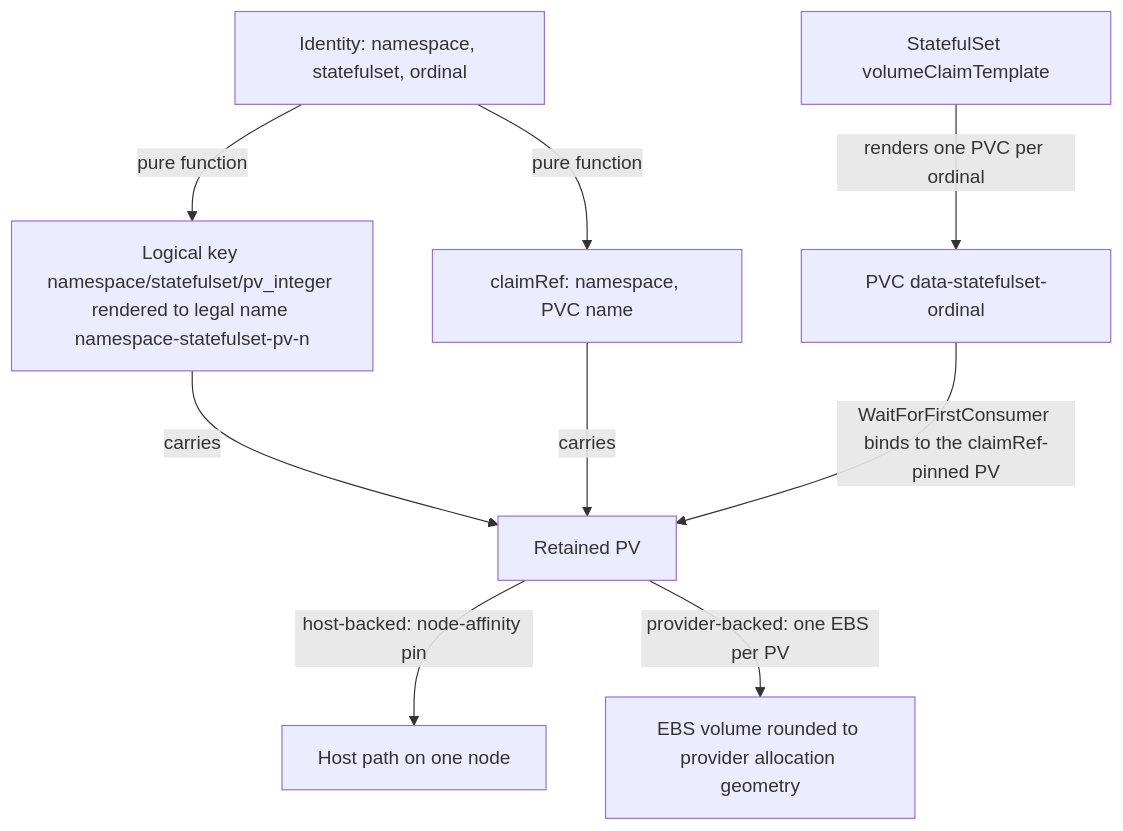
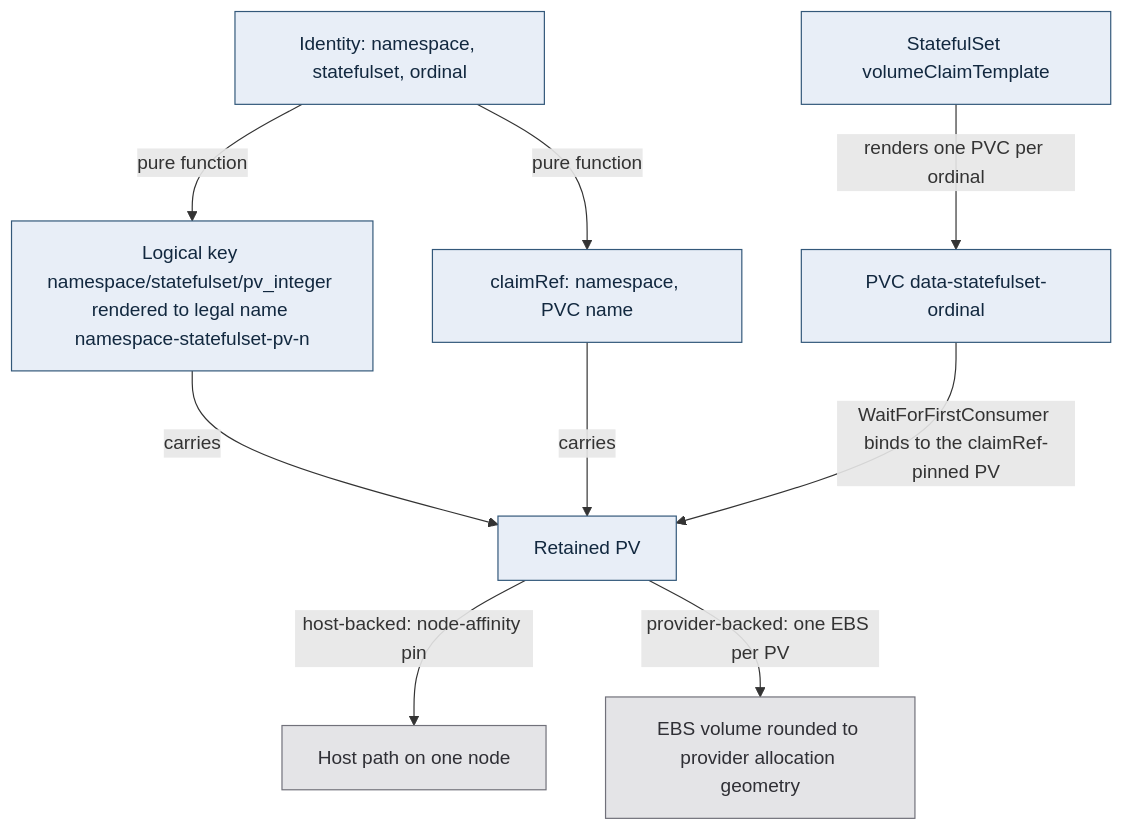
Before and after one commit to Tuee22/amoebius: the first of 2 diagrams in documents/engineering/storage_lifecycle_doctrine.md, drawn with Mermaid. The commit also changed other lines of this file and 36 other files, not shown here.

````diff
--- a/documents/engineering/storage_lifecycle_doctrine.md
+++ b/documents/engineering/storage_lifecycle_doctrine.md
@@ -139,11 +141,13 @@
 ```mermaid
 flowchart TD
-  sts[StatefulSet volumeClaimTemplate] -->|renders one PVC per ordinal| pvc[PVC data-statefulset-ordinal]
-  ident[Identity: namespace, statefulset, ordinal] -->|pure function| pvname[Logical key namespace/statefulset/pv_integer rendered to legal name namespace-statefulset-pv-n]
-  ident -->|pure function| claimref[claimRef: namespace, PVC name]
-  pvname -->|carries| pv[Retained PV]
+  sts[StatefulSet volumeClaimTemplate]:::intent -->|renders one PVC per ordinal| pvc[PVC data-statefulset-ordinal]:::intent
+  ident[Identity: namespace, statefulset, ordinal]:::intent -->|pure function| pvname[Logical key namespace/statefulset/pv_integer rendered to legal name namespace-statefulset-pv-n]:::intent
+  ident -->|pure function| claimref[claimRef: namespace, PVC name]:::intent
+  pvname -->|carries| pv[Retained PV]:::intent
   claimref -->|carries| pv
   pvc -->|WaitForFirstConsumer binds to the claimRef-pinned PV| pv
-  pv -->|host-backed: node-affinity pin| host[Host path on one node]
-  pv -->|provider-backed: one EBS per PV| ebs[EBS volume rounded to provider allocation geometry]
+  pv -->|host-backed: node-affinity pin| host[Host path on one node]:::runtime
+  pv -->|provider-backed: one EBS per PV| ebs[EBS volume rounded to provider allocation geometry]:::runtime
+  classDef intent   fill:#e8eef7,stroke:#33587a,color:#12283f,stroke-width:1px
+  classDef runtime  fill:#e4e4e7,stroke:#71717a,color:#2f2f35,stroke-width:1px
 ```
````
